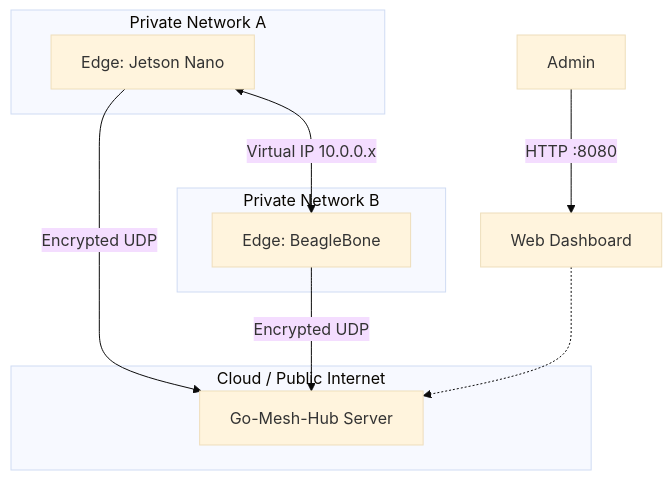
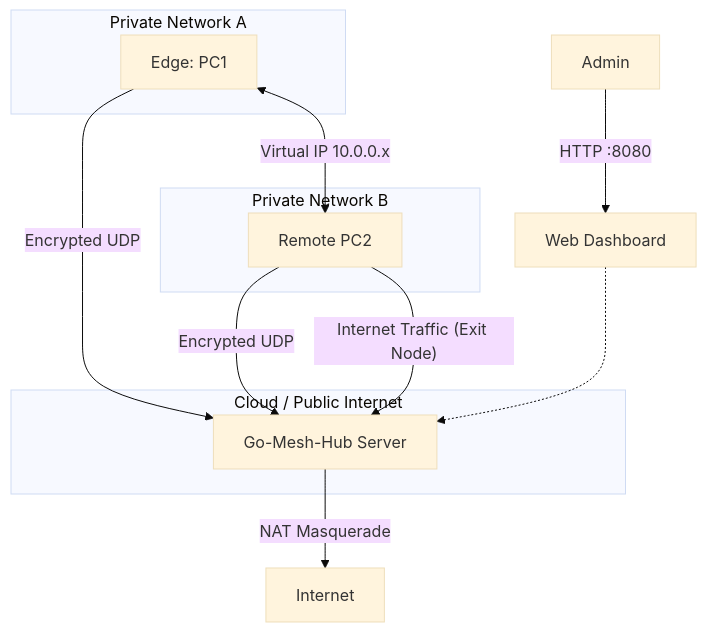
Before and after one commit to nicoRomeroCuruchet/Go-Mesh-Hub: the diagram in README.md, drawn with Mermaid (base theme). The commit also changed other lines of this file, not shown here.

`````diff
--- a/README.md
+++ b/README.md
@@ -26,19 +38,21 @@
 ```mermaid
 graph TD
     User[Admin] -->|HTTP :8080| Dashboard[Web Dashboard]
     
     subgraph Cloud / Public Internet
         Hub[Go-Mesh-Hub Server]
     end
     
     subgraph Private Network A
-        Jetson[Edge: Jetson Nano] -->|Encrypted UDP| Hub
+        PC1[Edge: PC1] -->|Encrypted UDP| Hub
     end
     
     subgraph Private Network B
-        BBB[Edge: BeagleBone] -->|Encrypted UDP| Hub
+        PC2[Remote PC2] -->|Encrypted UDP| Hub
     end
     
     Dashboard -.-> Hub
-    Jetson <-->|Virtual IP 10.0.0.x| BBB
-````
+    PC1 <-->|Virtual IP 10.0.0.x| PC2
+
+    PC2 -- "Internet Traffic (Exit Node)" --> Hub -- "NAT Masquerade" --> Internet
+```
`````
